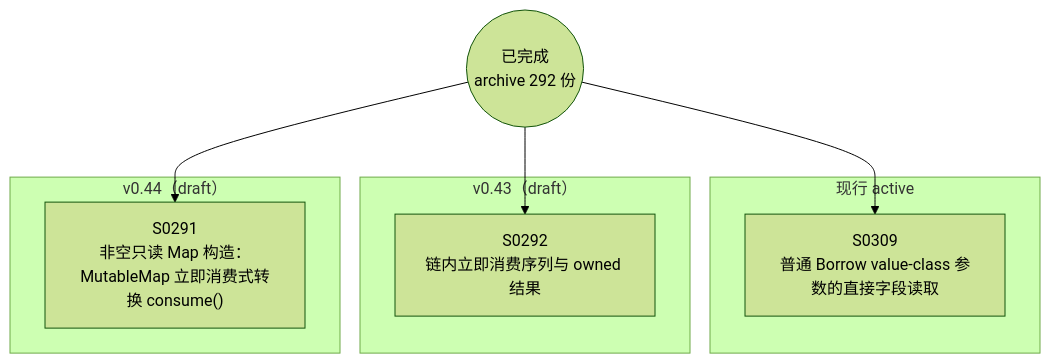
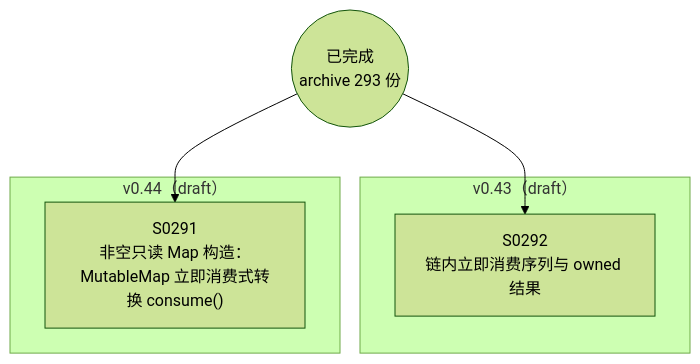
The diagram in docs/specs/dependency-graph.md (Halckon/Koven), drawn with Mermaid (forest theme) before and after one commit. The commit also changed other lines of this file and 9 other files, not shown here.

````diff
--- a/docs/specs/dependency-graph.md
+++ b/docs/specs/dependency-graph.md
@@ -9,16 +9,12 @@
 ```mermaid
 flowchart TD
-ARCH(("已完成<br/>archive 292 份"))
-subgraph Gactive["现行 active"]
-  S0309["S0309<br/>普通 Borrow value-class 参数的直接字段读取"]
-end
+ARCH(("已完成<br/>archive 293 份"))
 subgraph Gdrafts_v043["v0.43（draft）"]
   S0292["S0292<br/>链内立即消费序列与 owned 结果"]
 end
 subgraph Gdrafts_v044["v0.44（draft）"]
   S0291["S0291<br/>非空只读 Map 构造：MutableMap 立即消费式转换 consume()"]
 end
 ARCH --> S0291
 ARCH --> S0292
-ARCH --> S0309
 ```
````
